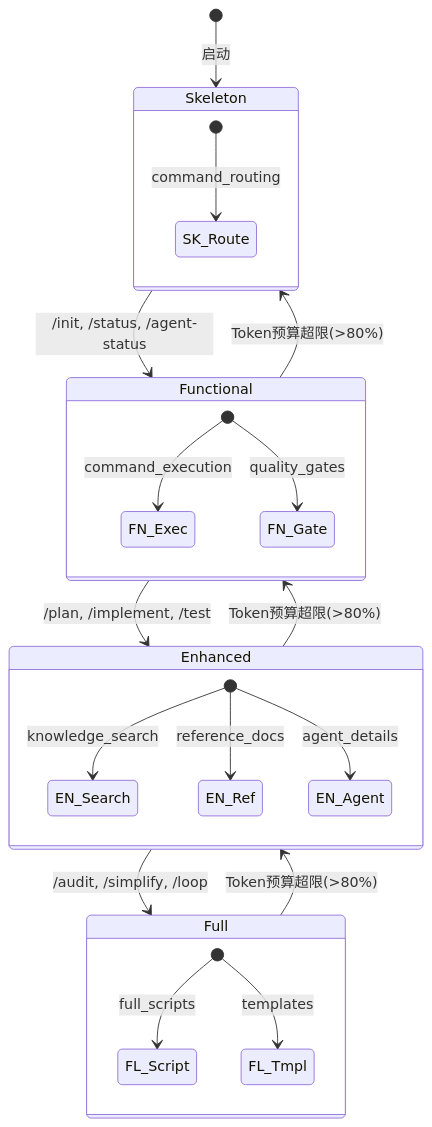
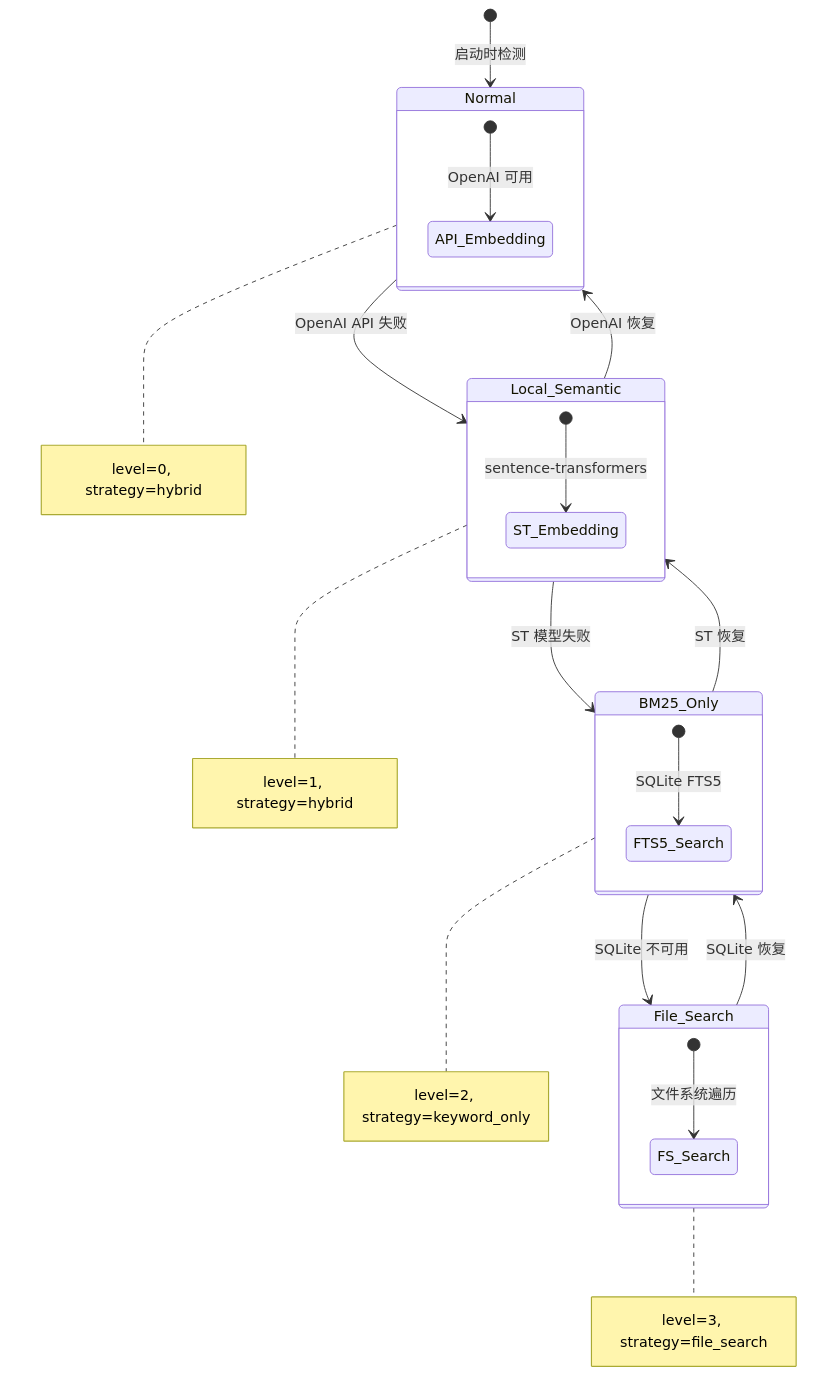
Before and after one commit to xuanyuanchumo/xuansto: the third of 6 diagrams in docs/plan/API_SPECIFICATION.md, drawn with Mermaid. The commit also changed other lines of this file and 26 other files, not shown here.

````diff
--- a/docs/plan/API_SPECIFICATION.md
+++ b/docs/plan/API_SPECIFICATION.md
@@ -1264,31 +462,33 @@
 ```mermaid
 stateDiagram-v2
-    [*] --> Skeleton: 启动
-    Skeleton --> Functional: /init, /status, /agent-status
-    Functional --> Enhanced: /plan, /implement, /test
-    Enhanced --> Full: /audit, /simplify, /loop
+    [*] --> Normal: 启动时检测
 
-    state Skeleton {
-        [*] --> SK_Route: command_routing
+    state Normal {
+        [*] --> API_Embedding: OpenAI 可用
     }
 
-    state Functional {
-        [*] --> FN_Exec: command_execution
-        [*] --> FN_Gate: quality_gates
+    state Local_Semantic {
+        [*] --> ST_Embedding: sentence-transformers
     }
 
-    state Enhanced {
-        [*] --> EN_Search: knowledge_search
-        [*] --> EN_Ref: reference_docs
-        [*] --> EN_Agent: agent_details
+    state BM25_Only {
+        [*] --> FTS5_Search: SQLite FTS5
     }
 
-    state Full {
-        [*] --> FL_Script: full_scripts
-        [*] --> FL_Tmpl: templates
+    state File_Search {
+        [*] --> FS_Search: 文件系统遍历
     }
 
-    Full --> Enhanced: Token预算超限(>80%)
-    Enhanced --> Functional: Token预算超限(>80%)
-    Functional --> Skeleton: Token预算超限(>80%)
+    Normal --> Local_Semantic: OpenAI API 失败
+    Local_Semantic --> BM25_Only: ST 模型失败
+    BM25_Only --> File_Search: SQLite 不可用
+
+    File_Search --> BM25_Only: SQLite 恢复
+    BM25_Only --> Local_Semantic: ST 恢复
+    Local_Semantic --> Normal: OpenAI 恢复
+
+    note right of Normal: level=0, strategy=hybrid
+    note right of Local_Semantic: level=1, strategy=hybrid
+    note right of BM25_Only: level=2, strategy=keyword_only
+    note right of File_Search: level=3, strategy=file_search
 ```
````
